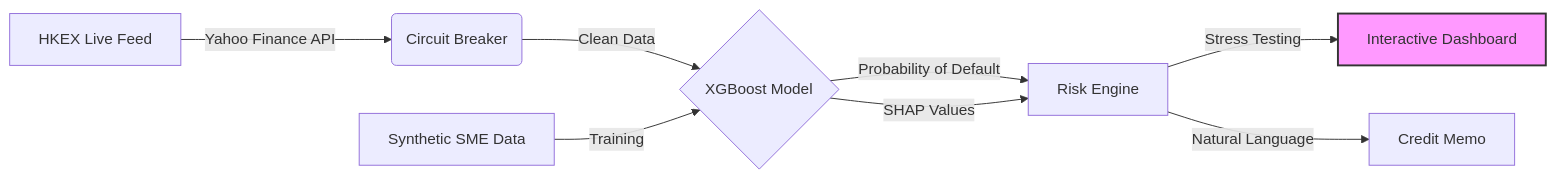
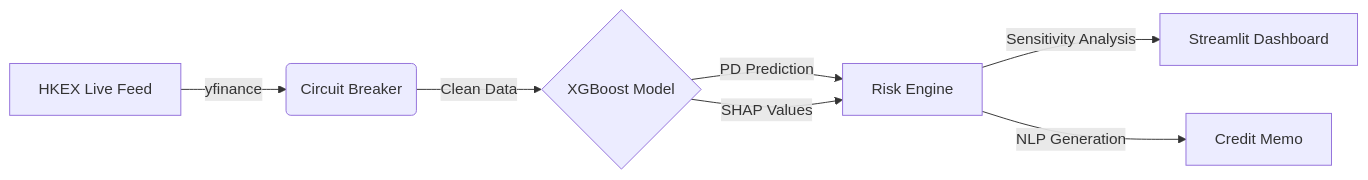
The diagram in README.md (zheyuliu328/algorithmic-credit-risk-engine), drawn with Mermaid before and after one commit. The commit also changed other lines of this file, not shown here.

````diff
--- a/README.md
+++ b/README.md
@@ -27,14 +42,11 @@
 ```mermaid
 graph LR
-    A[HKEX Live Feed] -->|Yahoo Finance API| B(Circuit Breaker)
+    A[HKEX Live Feed] -->|yfinance| B(Circuit Breaker)
     B -->|Clean Data| C{XGBoost Model}
-    D[Synthetic SME Data] -->|Training| C
     
-    C -->|Probability of Default| E[Risk Engine]
-    C -->|SHAP Values| E
+    C -->|PD Prediction| D[Risk Engine]
+    C -->|SHAP Values| D
     
-    E -->|Stress Testing| F[Interactive Dashboard]
-    E -->|Natural Language| G[Credit Memo]
-    
-    style F fill:#f9f,stroke:#333,stroke-width:2px
+    D -->|Sensitivity Analysis| E[Streamlit Dashboard]
+    D -->|NLP Generation| F[Credit Memo]
 ```
````
